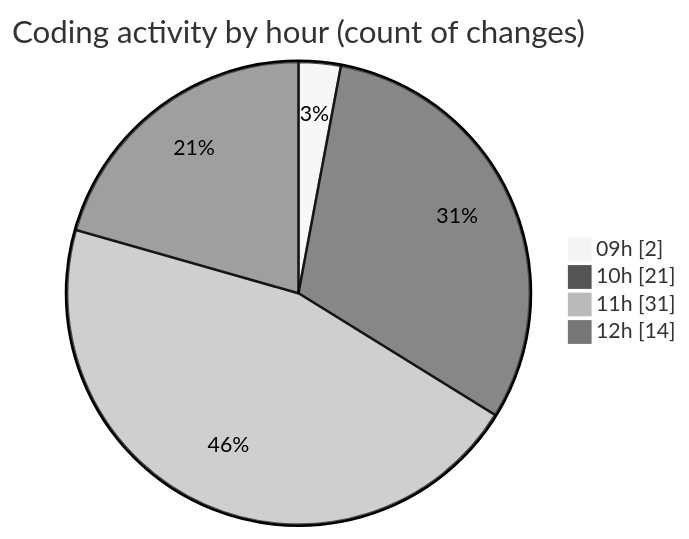
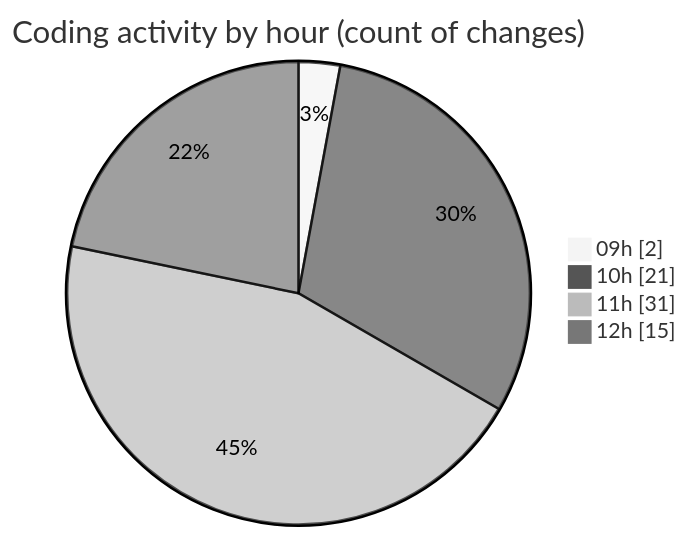
One commit to LanceThiago/code-tracking changed the second of 2 diagrams in 2025-03-27/kml/README.md. Above: the diagram before and after it, drawn with Mermaid (neutral theme). The commit also changed other lines of this file and 1 other file, not shown here.

````diff
--- a/2025-03-27/kml/README.md
+++ b/2025-03-27/kml/README.md
@@ -40,8 +40,8 @@
 ```mermaid
 pie showData
 title Coding activity by hour (count of changes)
 "09h" : 2
 "10h" : 21
 "11h" : 31
-"12h" : 14
+"12h" : 15
 ```
````
